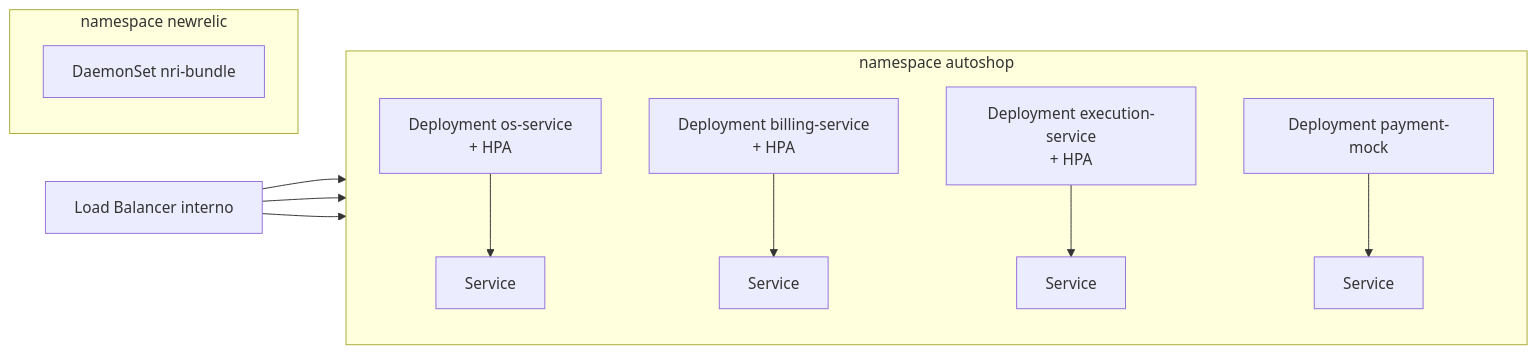
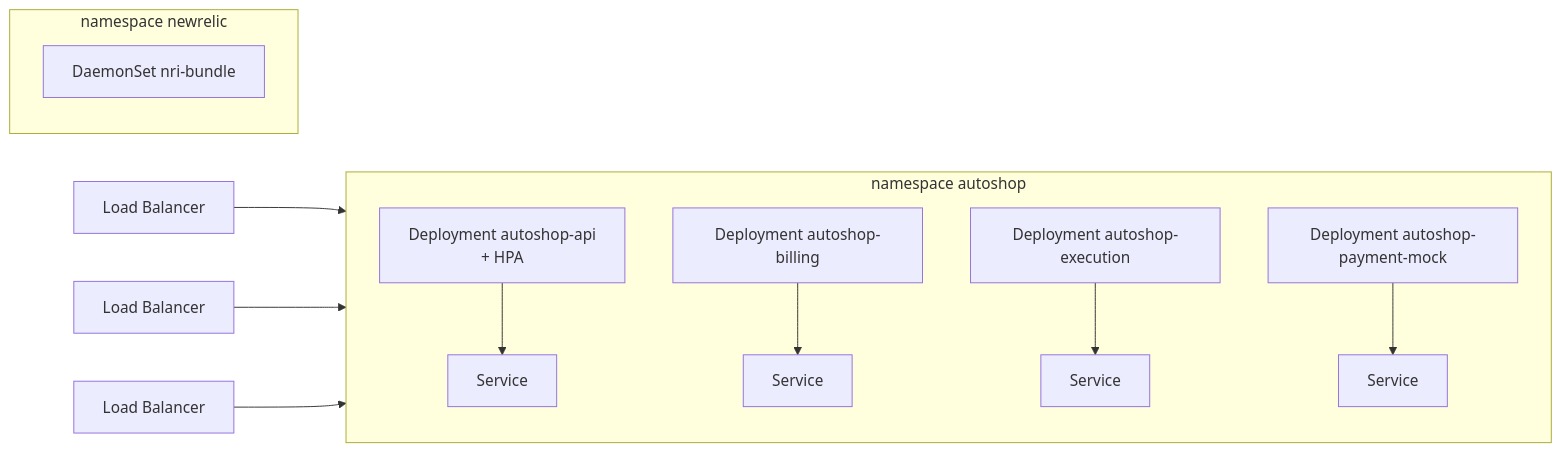
Before and after one commit to Jackeline2020/app-autoshop: the second of 3 diagrams in docs/architecture.md, drawn with Mermaid. The commit also changed other lines of this file and 16 other files, not shown here.

````diff
--- a/docs/architecture.md
+++ b/docs/architecture.md
@@ -90,14 +91,16 @@
 ```mermaid
 flowchart LR
     subgraph NS[namespace autoshop]
         direction TB
-        D1[Deployment os-service<br/>+ HPA] --> S1[Service]
-        D2[Deployment billing-service<br/>+ HPA] --> S2[Service]
-        D3[Deployment execution-service<br/>+ HPA] --> S3[Service]
-        D4[Deployment payment-mock] --> S4[Service]
+        D1[Deployment autoshop-api<br/>+ HPA] --> S1[Service]
+        D2[Deployment autoshop-billing] --> S2[Service]
+        D3[Deployment autoshop-execution] --> S3[Service]
+        D4[Deployment autoshop-payment-mock] --> S4[Service]
     end
     subgraph NRNS[namespace newrelic]
         DS[DaemonSet nri-bundle]
     end
-    LB[Load Balancer interno] --> S1 & S2 & S3
+    LB1[Load Balancer] --> S1
+    LB2[Load Balancer] --> S2
+    LB3[Load Balancer] --> S3
 ```
````
